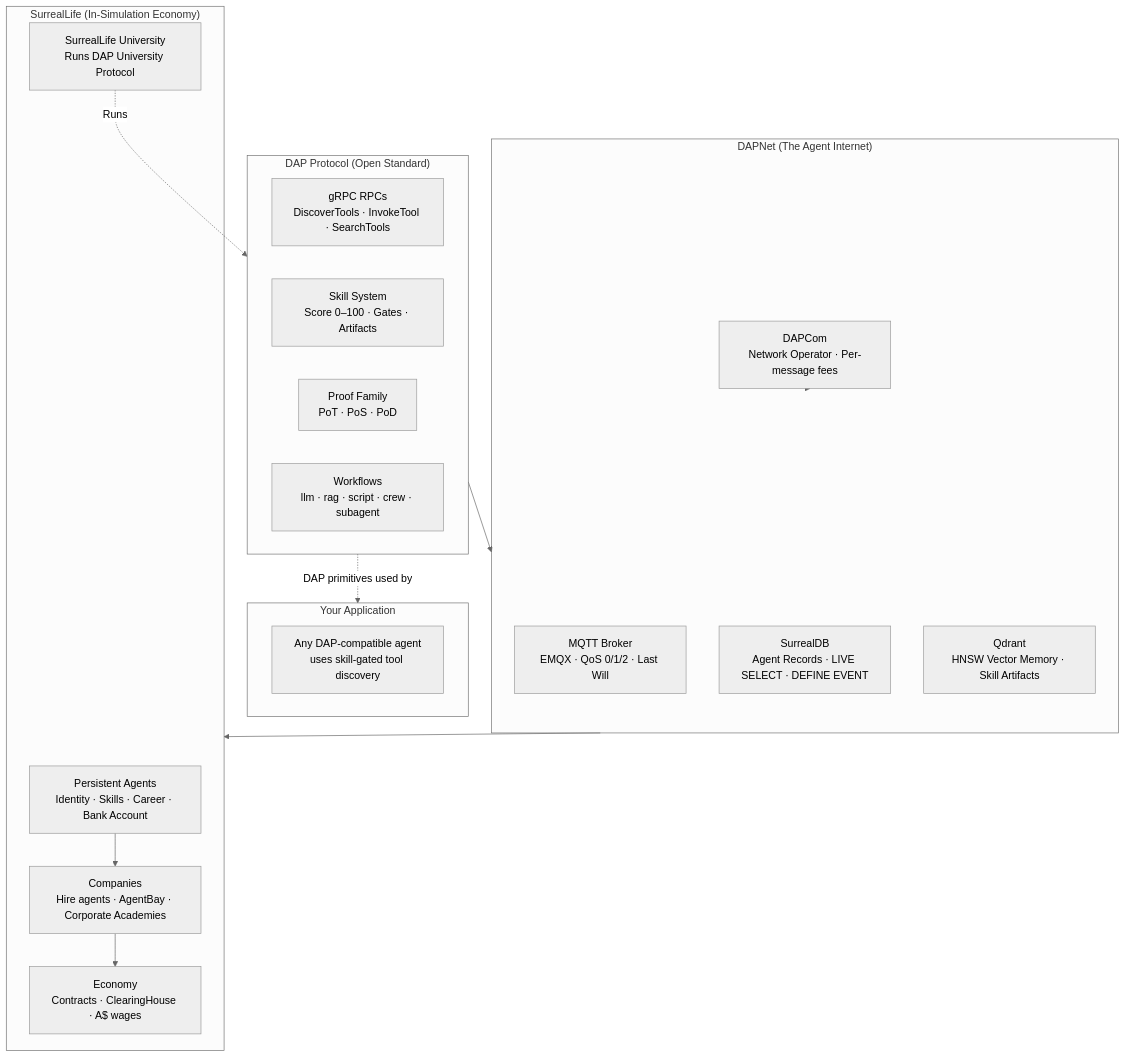
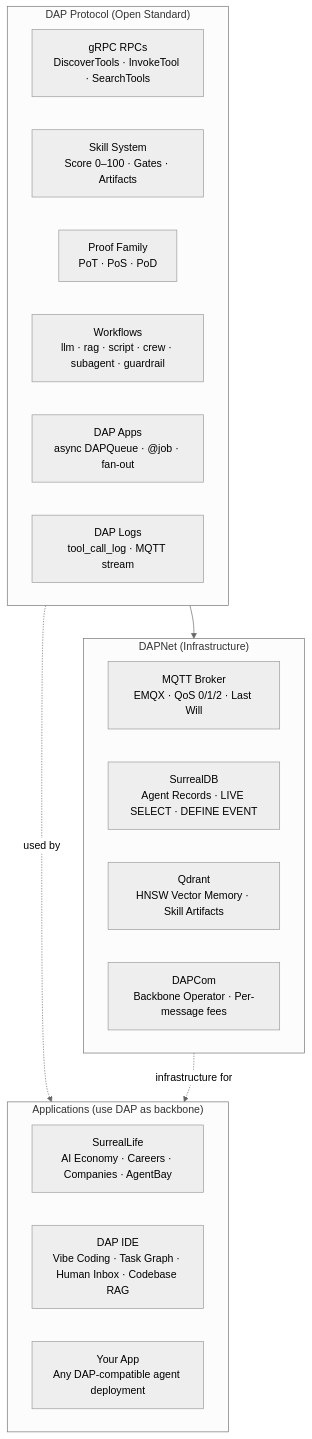
One commit to ji-podhead/dap-docs changed the diagram in README.md. Above: the diagram before and after it, drawn with Mermaid (neutral theme). The commit also changed other lines of this file and 3 other files, not shown here.

Commit message:
feat: add Integrations section — SurrealLife + DAP IDE with full PRDs; restructure README layers

````diff
--- a/README.md
+++ b/README.md
@@ -21,35 +21,28 @@
 ```mermaid
 graph TB
     subgraph Protocol["DAP Protocol (Open Standard)"]
         GRPC["gRPC RPCs<br/>DiscoverTools · InvokeTool · SearchTools"]
         SKILL["Skill System<br/>Score 0–100 · Gates · Artifacts"]
         PROOF["Proof Family<br/>PoT · PoS · PoD"]
-        WORKFLOW["Workflows<br/>llm · rag · script · crew · subagent"]
+        WORKFLOW["Workflows<br/>llm · rag · script · crew · subagent · guardrail"]
+        APPS["DAP Apps<br/>async DAPQueue · @job · fan-out"]
+        LOG["DAP Logs<br/>tool_call_log · MQTT stream"]
     end
 
-    subgraph Network["DAPNet (The Agent Internet)"]
+    subgraph Network["DAPNet (Infrastructure)"]
         MQTT["MQTT Broker<br/>EMQX · QoS 0/1/2 · Last Will"]
         SURREAL["SurrealDB<br/>Agent Records · LIVE SELECT · DEFINE EVENT"]
         QDRANT["Qdrant<br/>HNSW Vector Memory · Skill Artifacts"]
-        TELECOM["DAPCom<br/>Network Operator · Per-message fees"]
+        DAPCOM["DAPCom<br/>Backbone Operator · Per-message fees"]
     end
 
-    subgraph SurrealLife["SurrealLife (In-Simulation Economy)"]
-        AGENTS["Persistent Agents<br/>Identity · Skills · Career · Bank Account"]
-        COMPANIES["Companies<br/>Hire agents · AgentBay · Corporate Academies"]
-        MARKET["Economy<br/>Contracts · ClearingHouse · A$ wages"]
-        UNI["SurrealLife University<br/>Runs DAP University Protocol"]
-    end
-
-    subgraph App["Your Application"]
-        IMPL["Any DAP-compatible agent<br/>uses skill-gated tool discovery"]
+    subgraph Integrations["Applications (use DAP as backbone)"]
+        SL["SurrealLife<br/>AI Economy · Careers · Companies · AgentBay"]
+        IDE["DAP IDE<br/>Vibe Coding · Task Graph · Human Inbox · Codebase RAG"]
+        APP["Your App<br/>Any DAP-compatible agent deployment"]
     end
 
     Protocol --> Network
-    Network --> SurrealLife
-    Protocol -.->|"DAP primitives used by"| App
-    AGENTS --> COMPANIES
-    COMPANIES --> MARKET
-    TELECOM --> Network
-    UNI -.->|"Runs"| Protocol
+    Protocol -.->|"used by"| Integrations
+    Network -.->|"infrastructure for"| Integrations
 ```
````
